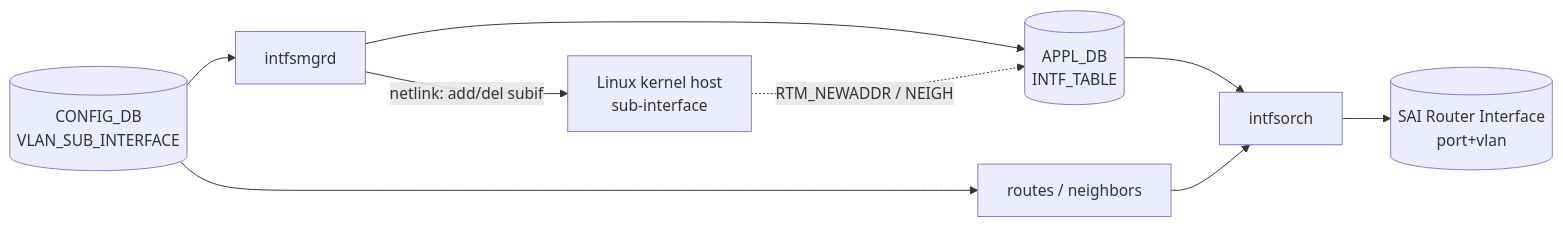
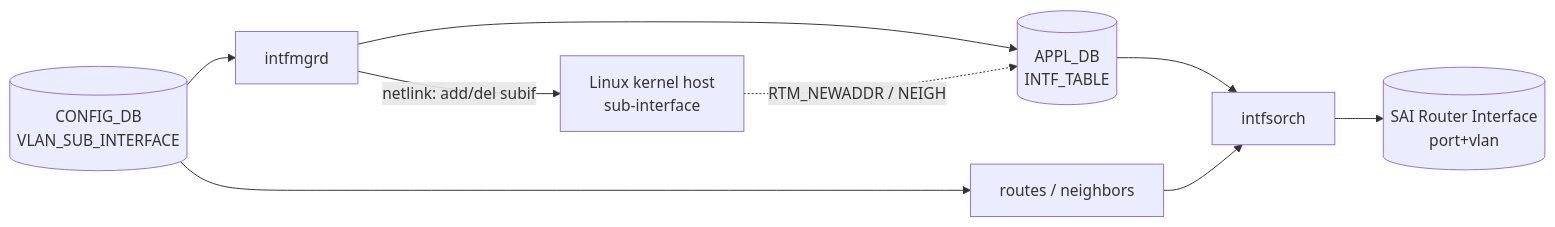
One commit to aoki-taquan/sonic-unofficial-docs changed the diagram in docs/architecture/sonic-sub-port-interface-high-level-design.md. Above: the diagram before and after it, drawn with Mermaid. The commit also changed other lines of this file and 23 other files, not shown here.

````diff
--- a/docs/architecture/sonic-sub-port-interface-high-level-design.md
+++ b/docs/architecture/sonic-sub-port-interface-high-level-design.md
@@ -62,11 +62,11 @@
 ```mermaid
 flowchart LR
-    USER[(CONFIG_DB\nVLAN_SUB_INTERFACE)] --> IM[intfsmgrd]
+    USER[(CONFIG_DB\nVLAN_SUB_INTERFACE)] --> IM[intfmgrd]
     IM -->|netlink: add/del subif| KERN[Linux kernel host\nsub-interface]
     IM --> APP[(APPL_DB\nINTF_TABLE)]
     APP --> IO[intfsorch]
     IO --> SAI[(SAI Router Interface\nport+vlan)]
     KERN -. RTM_NEWADDR / NEIGH .-> APP
     USER --> RM[routes / neighbors]
     RM --> IO
 ```
````
